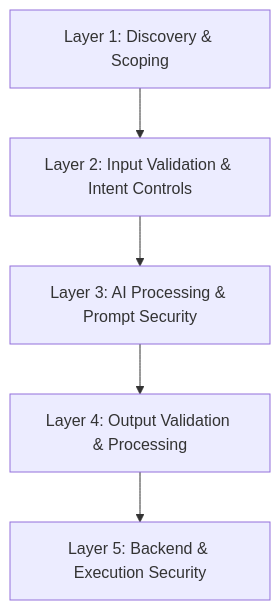
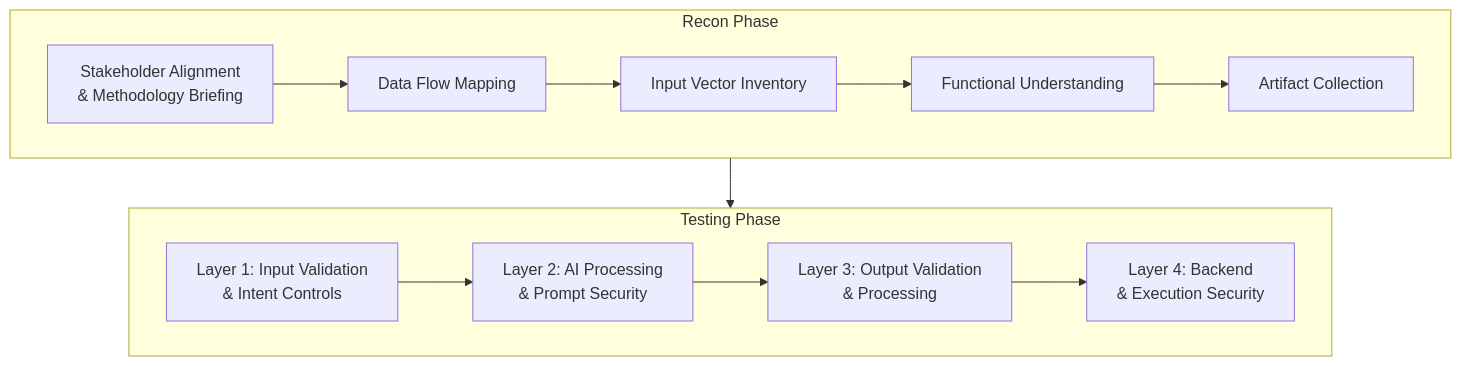
The first of 4 diagrams in README.md (TJRSec/aistm-framework), drawn with Mermaid before and after one commit. The commit also changed other lines of this file, not shown here.

````diff
--- a/README.md
+++ b/README.md
@@ -24,9 +32,21 @@
 ```mermaid
 flowchart TD
-    L1["Layer 1: Discovery &amp; Scoping"]
-    L2["Layer 2: Input Validation &amp; Intent Controls"]
-    L3["Layer 3: AI Processing &amp; Prompt Security"]
-    L4["Layer 4: Output Validation &amp; Processing"]
-    L5["Layer 5: Backend &amp; Execution Security"]
-    L1 --> L2 --> L3 --> L4 --> L5
+    subgraph recon["Recon Phase"]
+        R1["Stakeholder Alignment<br/>& Methodology Briefing"]
+        R2["Data Flow Mapping"]
+        R3["Input Vector Inventory"]
+        R4["Functional Understanding"]
+        R5["Artifact Collection"]
+        R1 --> R2 --> R3 --> R4 --> R5
+    end
+    
+    subgraph testing["Testing Phase"]
+        L1["Layer 1: Input Validation<br/>& Intent Controls"]
+        L2["Layer 2: AI Processing<br/>& Prompt Security"]
+        L3["Layer 3: Output Validation<br/>& Processing"]
+        L4["Layer 4: Backend<br/>& Execution Security"]
+        L1 --> L2 --> L3 --> L4
+    end
+    
+    recon --> testing
 ```
````
